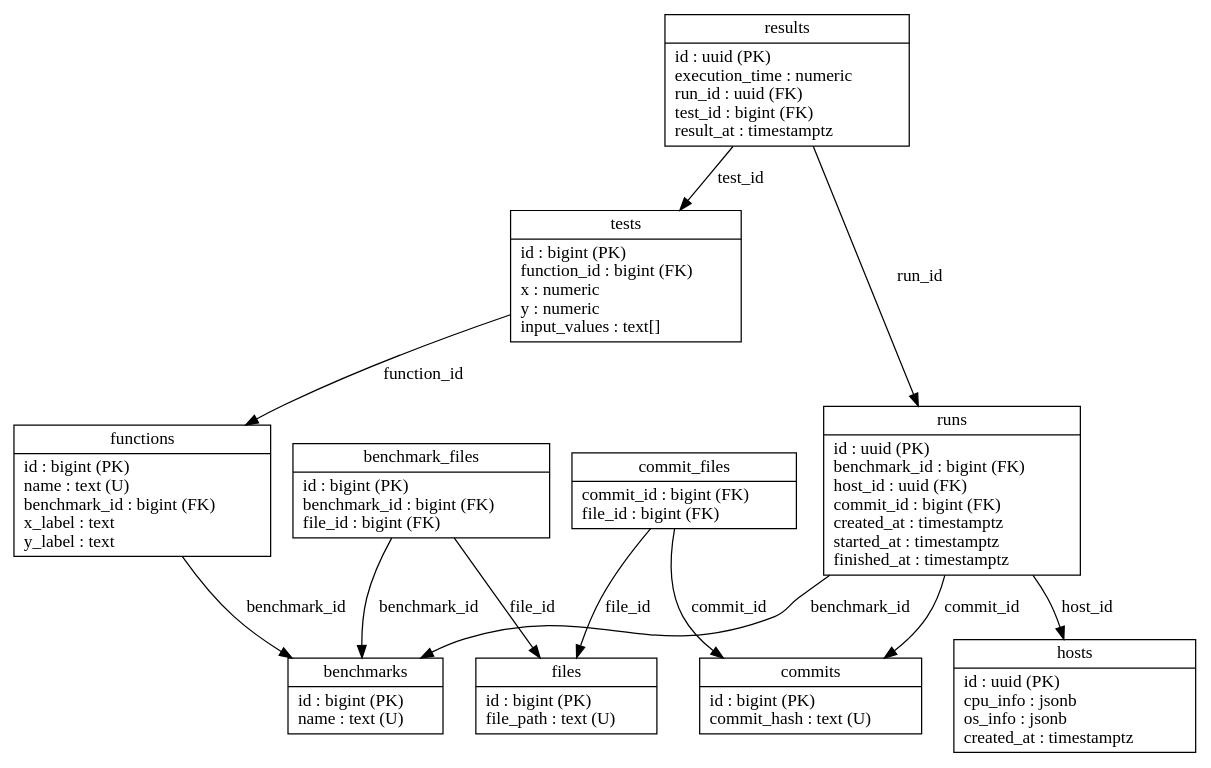
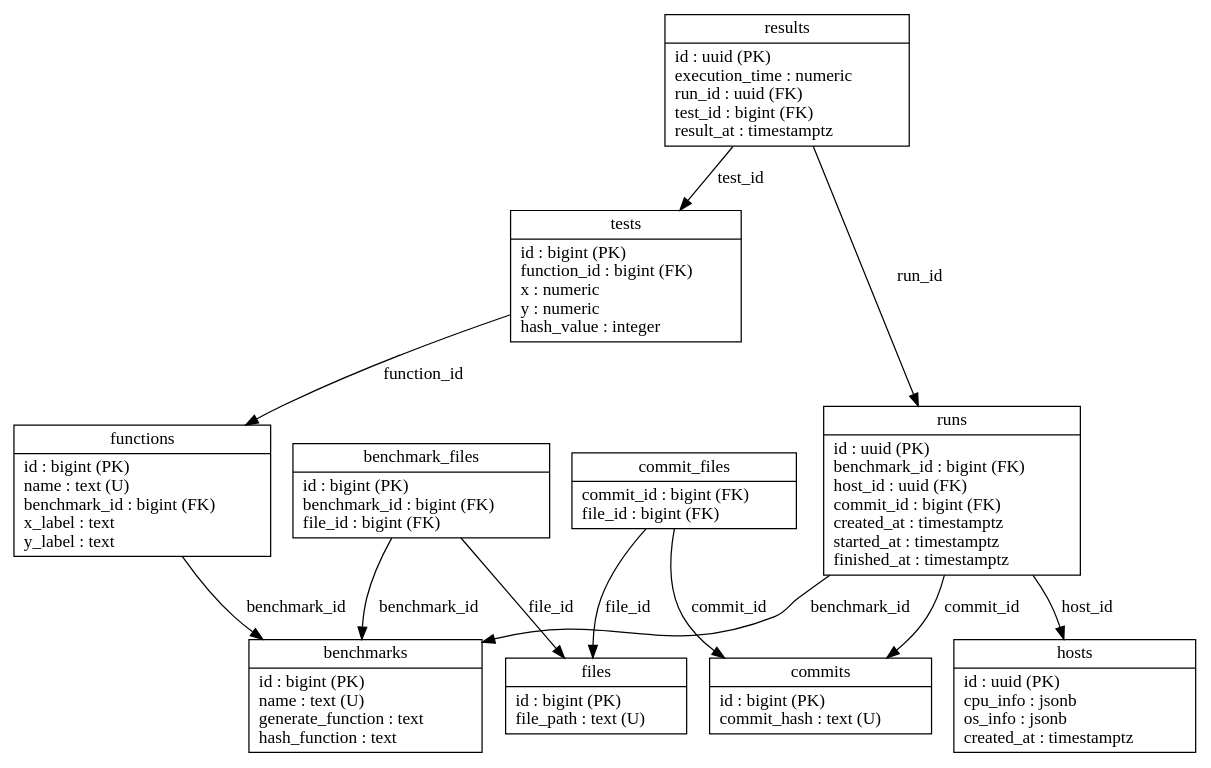
Before and after one commit to joelonsql/pg-catbench: the diagram in docs/data-model.dot, drawn with Graphviz. The commit also changed 1 other file, not shown here.

```diff
--- a/docs/data-model.dot
+++ b/docs/data-model.dot
@@ -1,27 +1,27 @@
 digraph pg_catbench {
     node [shape=record];
 
-    benchmarks [label="{benchmarks|id : bigint (PK)\lname : text (U)\l}"];
+    benchmarks [label="{benchmarks|id : bigint (PK)\lname : text (U)\lgenerate_function : text\lhash_function : text\l}"];
     benchmark_files [label="{benchmark_files|id : bigint (PK)\lbenchmark_id : bigint (FK)\lfile_id : bigint (FK)\l}"];
     functions [label="{functions|id : bigint (PK)\lname : text (U)\lbenchmark_id : bigint (FK)\lx_label : text\ly_label : text\l}"];
     hosts [label="{hosts|id : uuid (PK)\lcpu_info : jsonb\los_info : jsonb\lcreated_at : timestamptz\l}"];
     results [label="{results|id : uuid (PK)\lexecution_time : numeric\lrun_id : uuid (FK)\ltest_id : bigint (FK)\lresult_at : timestamptz\l}"];
     runs [label="{runs|id : uuid (PK)\lbenchmark_id : bigint (FK)\lhost_id : uuid (FK)\lcommit_id : bigint (FK)\lcreated_at : timestamptz\lstarted_at : timestamptz\lfinished_at : timestamptz\l}"];
-    tests [label="{tests|id : bigint (PK)\lfunction_id : bigint (FK)\lx : numeric\ly : numeric\linput_values : text[]\l}"];
+    tests [label="{tests|id : bigint (PK)\lfunction_id : bigint (FK)\lx : numeric\ly : numeric\lhash_value : integer\l}"];
     commits [label="{commits|id : bigint (PK)\lcommit_hash : text (U)\l}"];
     files [label="{files|id : bigint (PK)\lfile_path : text (U)\l}"];
     commit_files [label="{commit_files|commit_id : bigint (FK)\lfile_id : bigint (FK)\l}"];
 
     // Relationships
     benchmark_files -> benchmarks [label="benchmark_id"];
     benchmark_files -> files [label="file_id"];
     functions -> benchmarks [label="benchmark_id"];
     results -> runs [label="run_id"];
     results -> tests [label="test_id"];
     runs -> benchmarks [label="benchmark_id"];
     runs -> hosts [label="host_id"];
     runs -> commits [label="commit_id"];
     tests -> functions [label="function_id"];
     commit_files -> commits [label="commit_id"];
     commit_files -> files [label="file_id"];
 }
```
